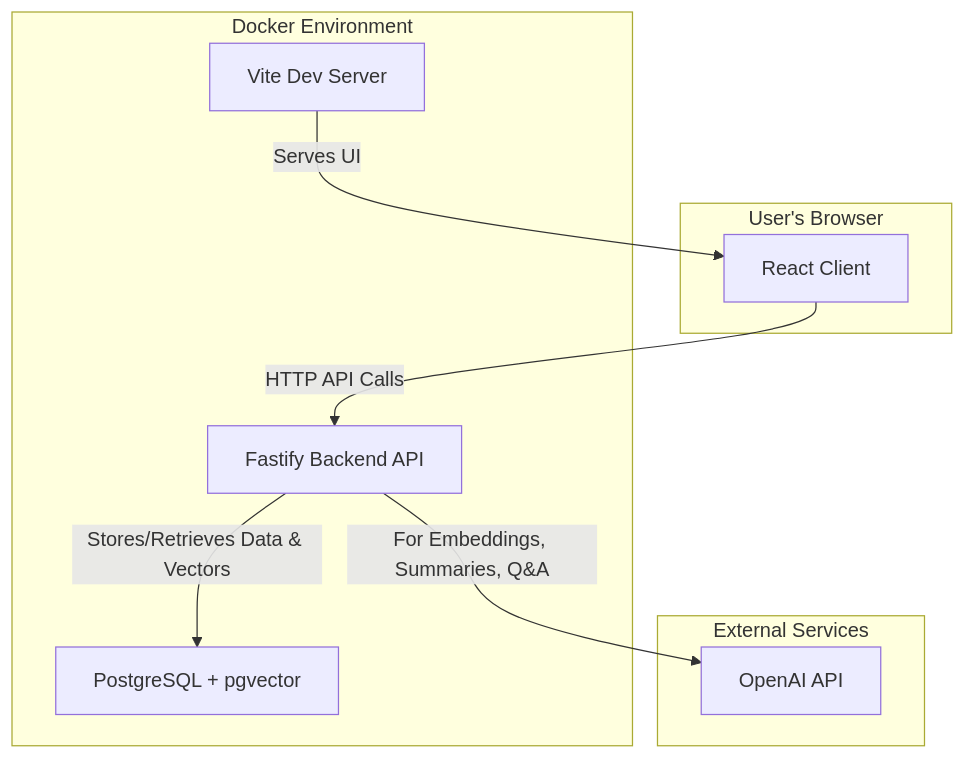
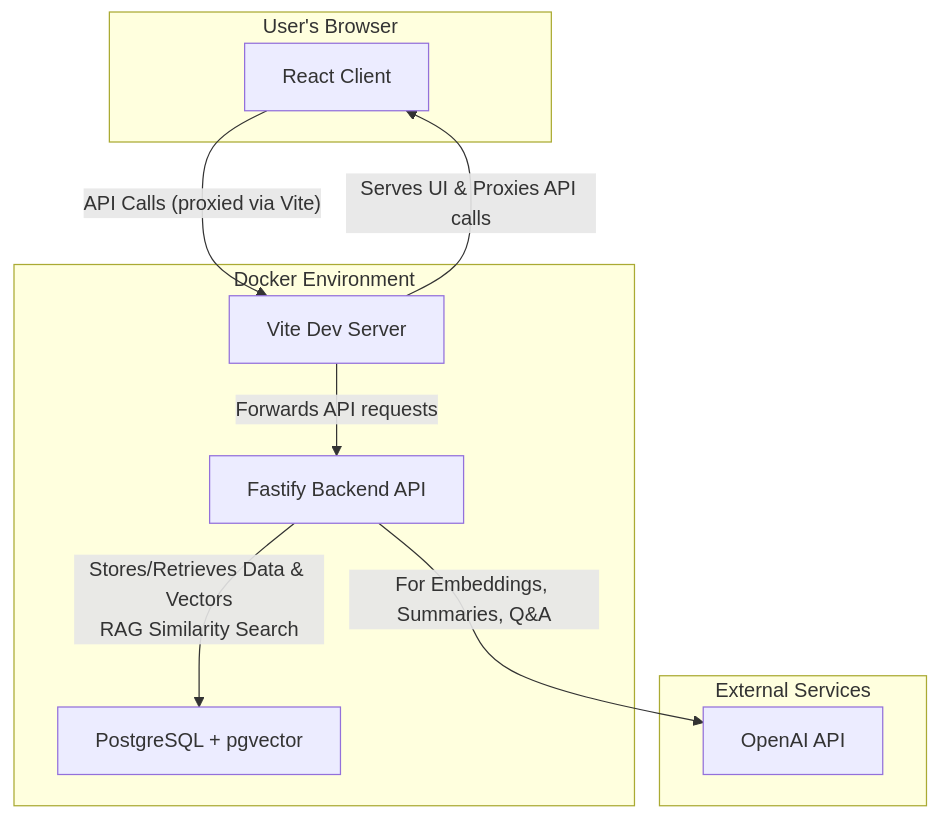
The first of 4 diagrams in EXPLAINER.md (caraya/digital-object-repo), drawn with Mermaid before and after one commit. The commit also changed other lines of this file and 21 other files, not shown here.

````diff
--- a/EXPLAINER.md
+++ b/EXPLAINER.md
@@ -13,21 +13,22 @@
 ```mermaid
 graph TD
     subgraph "User's Browser"
         A[React Client]
     end
 
     subgraph "Docker Environment"
         B[Fastify Backend API]
         C[PostgreSQL + pgvector]
         D[Vite Dev Server]
     end
 
     subgraph "External Services"
         E[OpenAI API]
     end
 
-    A --"HTTP API Calls"--> B
-    D --"Serves UI"--> A
-    B --"Stores/Retrieves Data & Vectors"--> C
+    A --"API Calls (proxied via Vite)"--> D
+    D --"Serves UI & Proxies API calls"--> A
+    D --"Forwards API requests"--> B
+    B --"Stores/Retrieves Data & Vectors<br>RAG Similarity Search"--> C
     B --"For Embeddings, Summaries, Q&A"--> E
 ```
````
